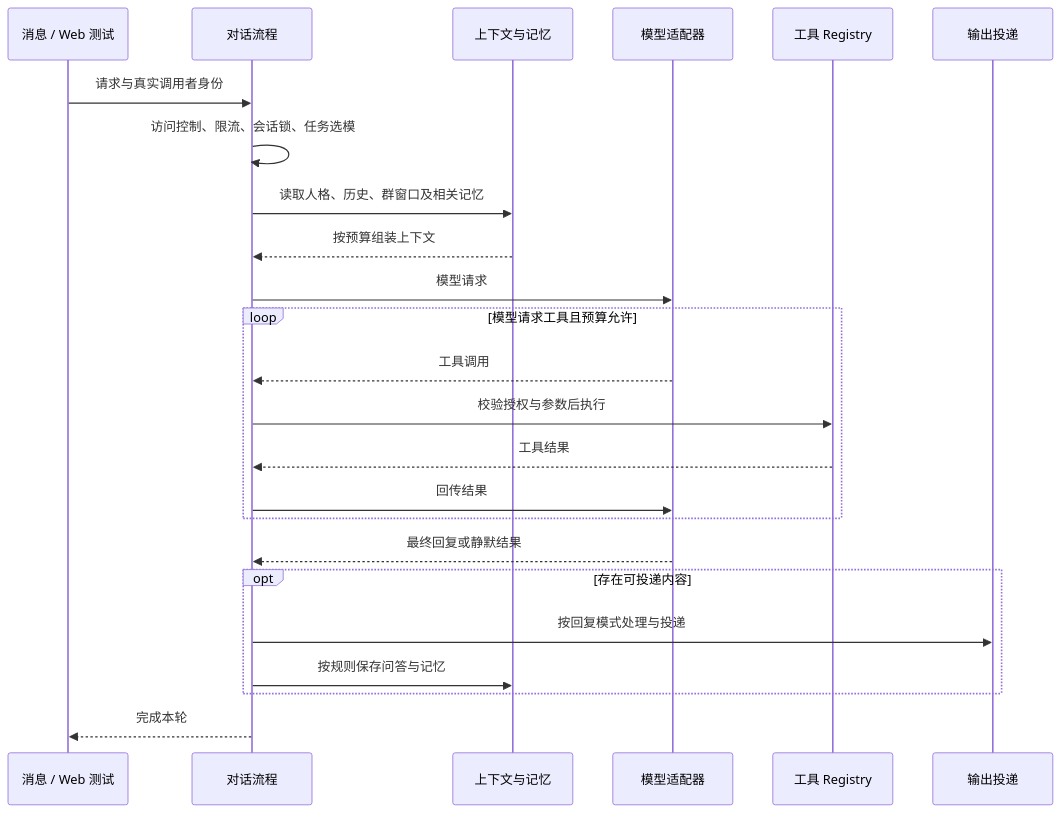
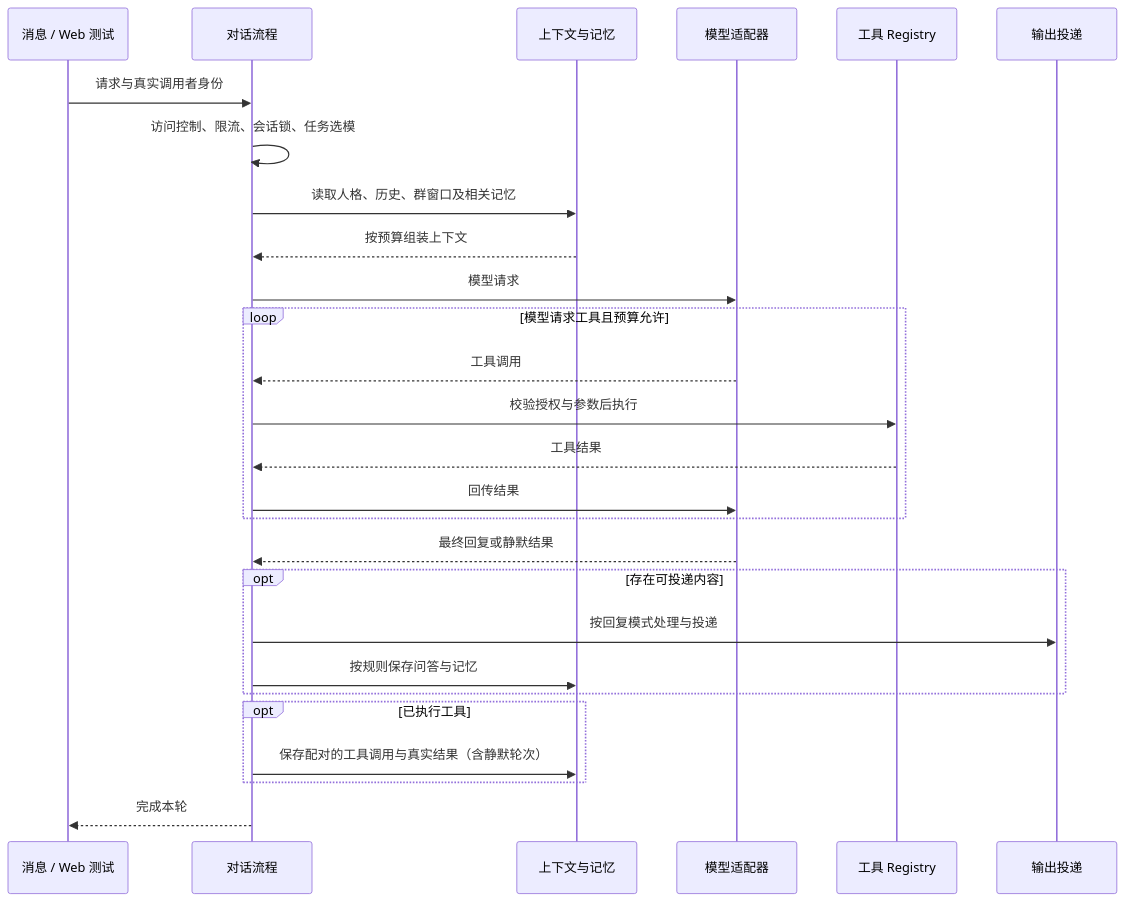
One commit to 127Wzc/yui-chat changed the second of 2 diagrams in docs/architecture.md. Above: the diagram before and after it, drawn with Mermaid. The commit also changed other lines of this file and 14 other files, not shown here.

````diff
--- a/docs/architecture.md
+++ b/docs/architecture.md
@@ -61,26 +61,29 @@
 ```mermaid
 sequenceDiagram
     participant Entry as 消息 / Web 测试
     participant Chat as 对话流程
     participant Context as 上下文与记忆
     participant Model as 模型适配器
     participant Tools as 工具 Registry
     participant Output as 输出投递
     Entry->>Chat: 请求与真实调用者身份
     Chat->>Chat: 访问控制、限流、会话锁、任务选模
     Chat->>Context: 读取人格、历史、群窗口及相关记忆
     Context-->>Chat: 按预算组装上下文
     Chat->>Model: 模型请求
     loop 模型请求工具且预算允许
         Model-->>Chat: 工具调用
         Chat->>Tools: 校验授权与参数后执行
         Tools-->>Chat: 工具结果
         Chat->>Model: 回传结果
     end
     Model-->>Chat: 最终回复或静默结果
     opt 存在可投递内容
         Chat->>Output: 按回复模式处理与投递
         Chat->>Context: 按规则保存问答与记忆
     end
+    opt 已执行工具
+        Chat->>Context: 保存配对的工具调用与真实结果（含静默轮次）
+    end
     Chat-->>Entry: 完成本轮
 ```
````
